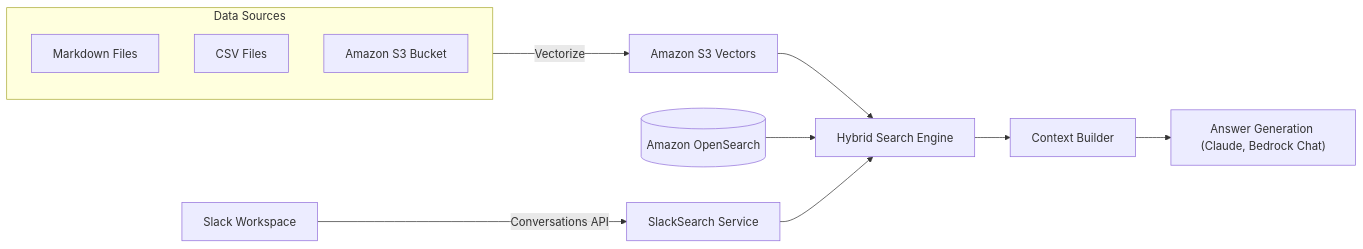
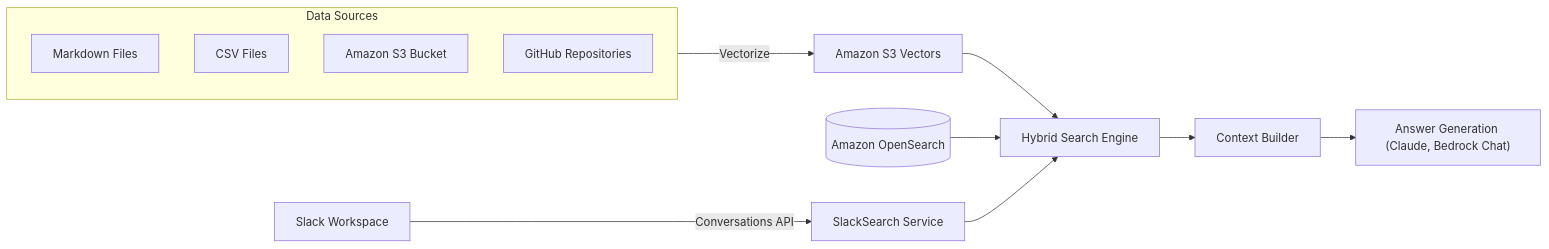
One commit to ca-srg/ragent changed the first of 6 diagrams in README.md. Above: the diagram before and after it, drawn with Mermaid. The commit also changed other lines of this file and 1 other file, not shown here.

First line of the commit message:
docs: add GitHub data source documentation

````diff
--- a/README.md
+++ b/README.md
@@ -96,16 +97,17 @@
 ```mermaid
 graph LR
     subgraph Sources["Data Sources"]
         MD[Markdown Files]
         CSV[CSV Files]
         S3[Amazon S3 Bucket]
+        GH[GitHub Repositories]
     end
 
     Sources -->|Vectorize| VE[Amazon S3 Vectors]
     VE --> HY[Hybrid Search Engine]
     OS[(Amazon OpenSearch)] --> HY
     SL[Slack Workspace] -->|Conversations API| SS[SlackSearch Service]
     SS --> HY
     HY --> CT[Context Builder]
     CT --> AN["Answer Generation (Claude, Bedrock Chat)"]
 ```
````
